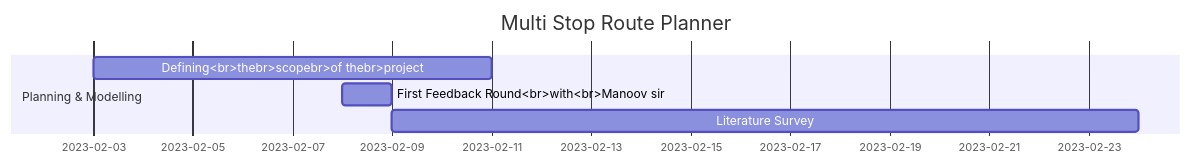
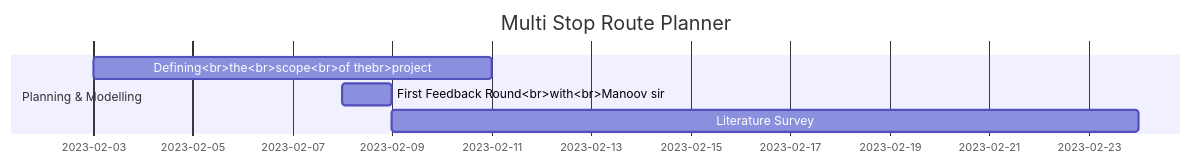
One commit to bholebaba0135/Destiny-Defined_TARP changed the second of 7 diagrams in README.md. Above: the diagram before and after it, drawn with Mermaid.

Commit message:
making minor changes to gantt layout

````diff
--- a/README.md
+++ b/README.md
@@ -41,11 +41,11 @@
 ```mermaid
 gantt
 
 title Multi Stop Route Planner
 dateFormat DD-MM-YYYY
 section Planning & Modelling
-Defining<br>thebr>scopebr>of thebr>project :a1, 03-02-2023, 8d
+Defining<br>the<br>scope<br>of thebr>project :a1, 03-02-2023, 8d
 First Feedback Round<br>with<br>Manoov sir :a2, 08-02-2023, 1d
 Literature Survey :after a2, 15d
 
 ```
````
